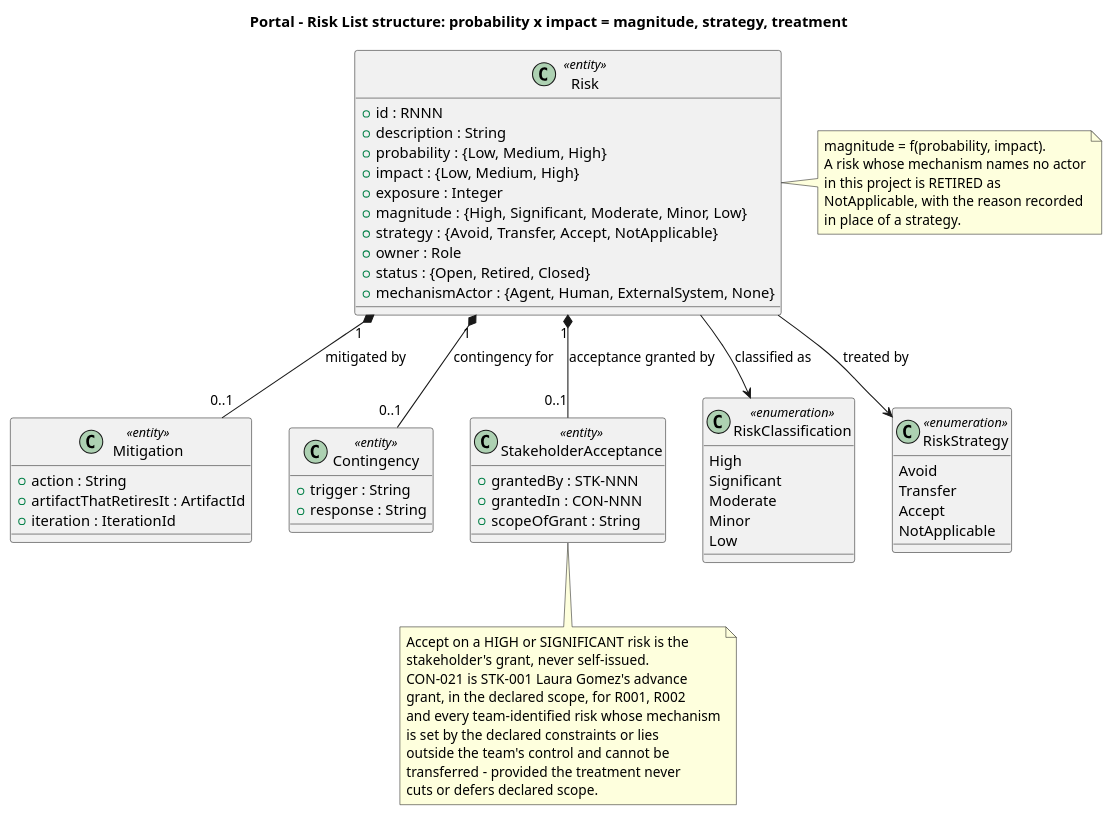
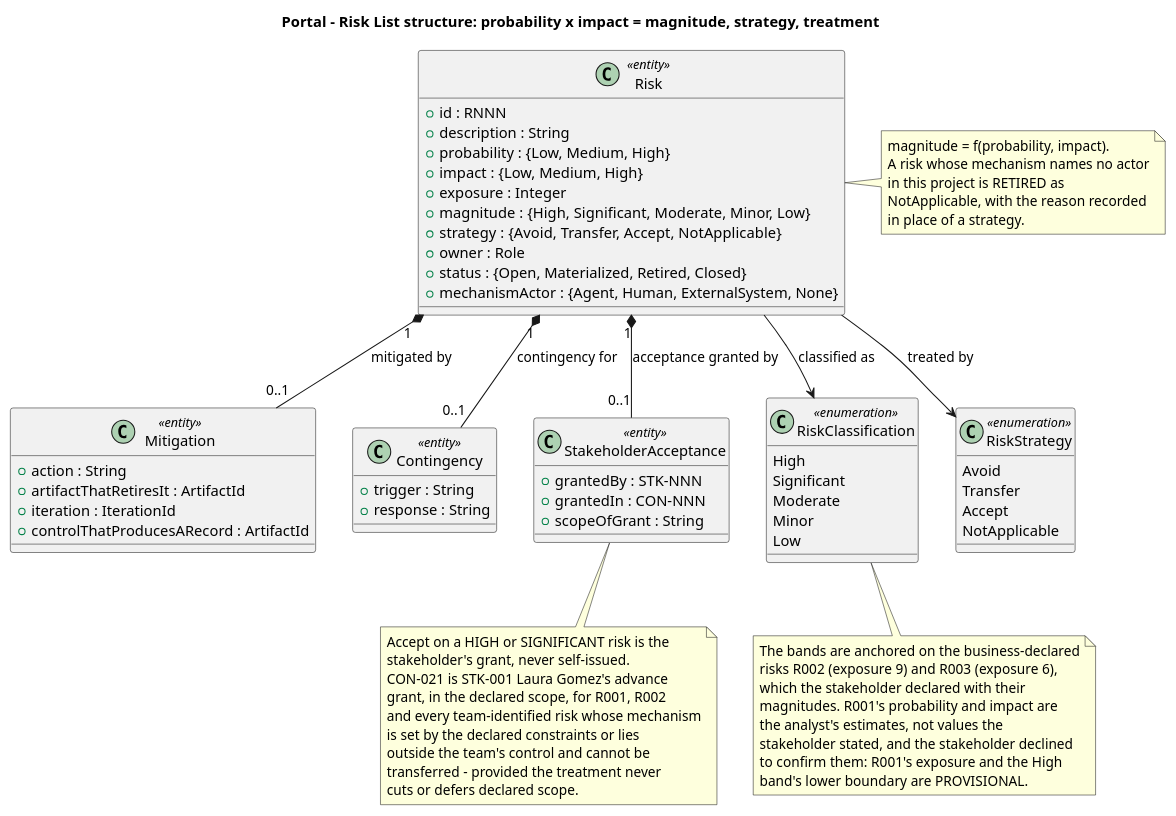
Before and after one commit to banense-test/portal: the diagram in docs/artifacts/project-management/risk-list.md, drawn with PlantUML. The commit also changed other lines of this file, not shown here.

```diff
--- a/docs/artifacts/project-management/risk-list.md
+++ b/docs/artifacts/project-management/risk-list.md
@@ -29,7 +33,7 @@
   + magnitude : {High, Significant, Moderate, Minor, Low}
   + strategy : {Avoid, Transfer, Accept, NotApplicable}
   + owner : Role
-  + status : {Open, Retired, Closed}
+  + status : {Open, Materialized, Retired, Closed}
   + mechanismActor : {Agent, Human, ExternalSystem, None}
 }
 
@@ -37,6 +41,7 @@
   + action : String
   + artifactThatRetiresIt : ArtifactId
   + iteration : IterationId
+  + controlThatProducesARecord : ArtifactId
 }
 
 class "Contingency" as CONT <<entity>> {
@@ -79,6 +84,17 @@
   in place of a strategy.
 end note
 
+note bottom of CLS
+  The bands are anchored on the business-declared
+  risks R002 (exposure 9) and R003 (exposure 6),
+  which the stakeholder declared with their
+  magnitudes. R001's probability and impact are
+  the analyst's estimates, not values the
+  stakeholder stated, and the stakeholder declined
+  to confirm them: R001's exposure and the High
+  band's lower boundary are PROVISIONAL.
+end note
+
 note bottom of ACC
   Accept on a HIGH or SIGNIFICANT risk is the
   stakeholder's grant, never self-issued.
```
